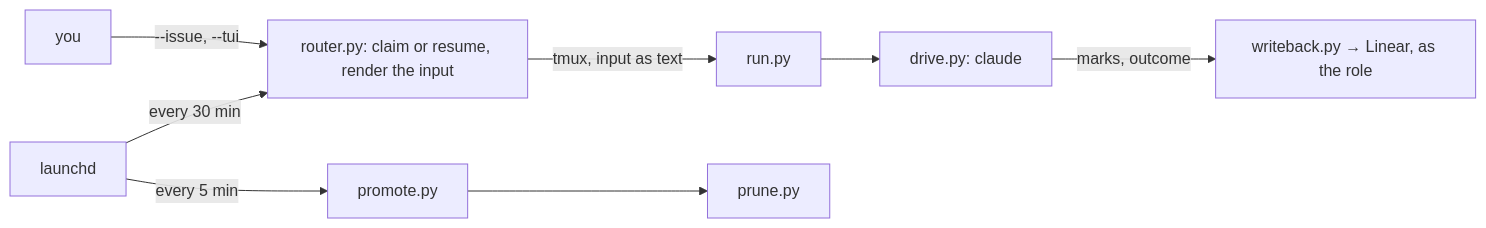
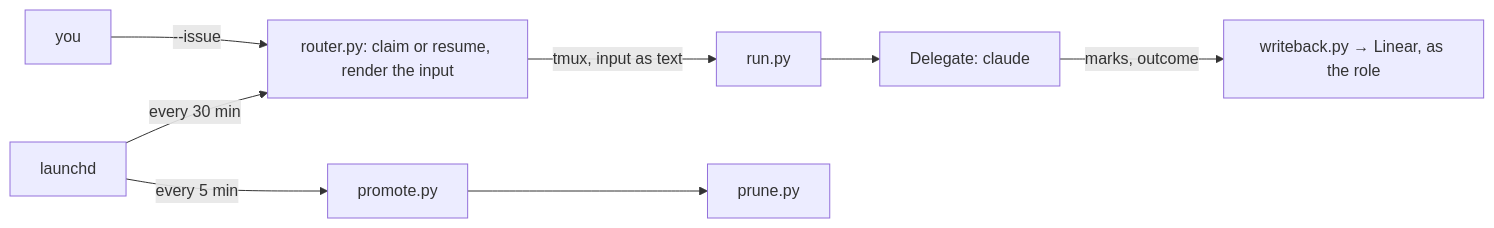
The fourth of 4 diagrams in README.md (ophis/agent-pm), drawn with Mermaid before and after one commit. The commit also changed other lines of this file and 412 other files, not shown here.

First line of the commit message:
Re-architecture: new core and orchestrator (TASK-314, TASK-315) (#164)

````diff
--- a/README.md
+++ b/README.md
@@ -130,7 +135,7 @@
 ```mermaid
 flowchart LR
     L[launchd] -->|every 30 min| R["router.py: claim or resume, render the input"] -->|"tmux, input as text"| I[run.py]
-    Y[you] -->|"--issue, --tui"| R
-    I --> D["drive.py: claude"] -->|"marks, outcome"| W["writeback.py → Linear, as the role"]
+    Y[you] -->|"--issue"| R
+    I --> D["Delegate: claude"] -->|"marks, outcome"| W["writeback.py → Linear, as the role"]
     L -->|every 5 min| P[promote.py] --> X[prune.py]
 ```
````
